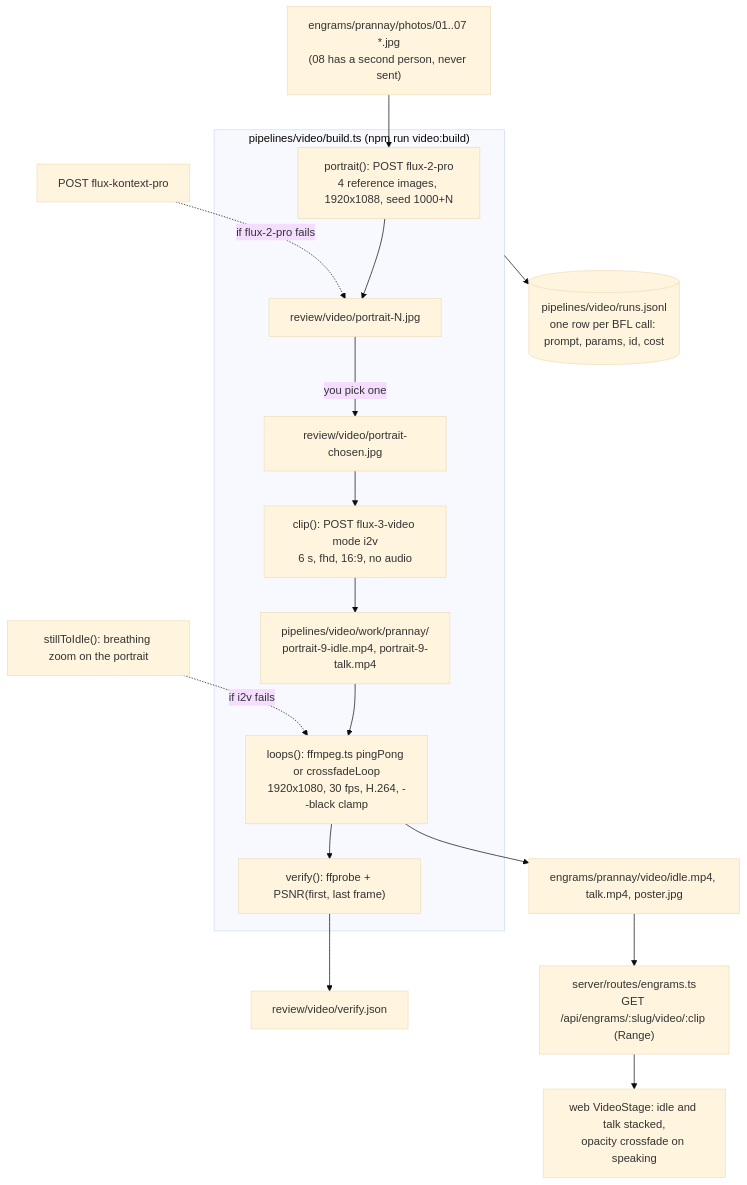
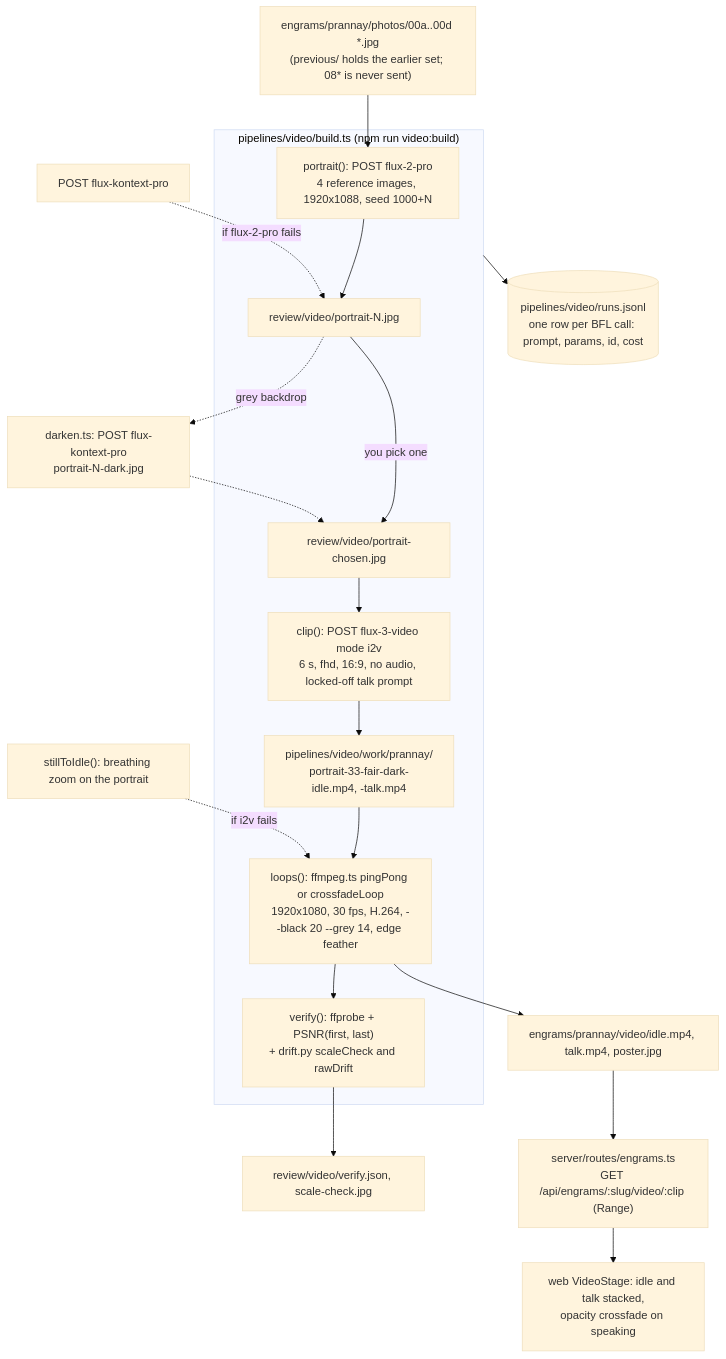
The diagram in engram/docs/video-pipeline.md (Pran-Ker/engram), drawn with Mermaid (base theme) before and after one commit. The commit also changed other lines of this file and 62 other files, not shown here.

````diff
--- a/engram/docs/video-pipeline.md
+++ b/engram/docs/video-pipeline.md
@@ -7,19 +9,20 @@
 ```mermaid
 flowchart TD
-  photos["engrams/prannay/photos/01..07 *.jpg<br/>(08 has a second person, never sent)"] --> portrait
+  photos["engrams/prannay/photos/00a..00d *.jpg<br/>(previous/ holds the earlier set; 08* is never sent)"] --> portrait
   subgraph build["pipelines/video/build.ts  (npm run video:build)"]
     portrait["portrait(): POST flux-2-pro<br/>4 reference images, 1920x1088, seed 1000+N"] --> cands["review/video/portrait-N.jpg"]
     cands -- "you pick one" --> chosen["review/video/portrait-chosen.jpg"]
-    chosen --> clip["clip(): POST flux-3-video mode i2v<br/>6 s, fhd, 16:9, no audio"]
-    clip --> rawc["pipelines/video/work/prannay/<br/>portrait-9-idle.mp4, portrait-9-talk.mp4"]
-    rawc --> loops["loops(): ffmpeg.ts pingPong or crossfadeLoop<br/>1920x1080, 30 fps, H.264, --black clamp"]
-    loops --> verify["verify(): ffprobe + PSNR(first, last frame)"]
+    chosen --> clip["clip(): POST flux-3-video mode i2v<br/>6 s, fhd, 16:9, no audio, locked-off talk prompt"]
+    clip --> rawc["pipelines/video/work/prannay/<br/>portrait-33-fair-dark-idle.mp4, -talk.mp4"]
+    rawc --> loops["loops(): ffmpeg.ts pingPong or crossfadeLoop<br/>1920x1080, 30 fps, H.264, --black 20 --grey 14, edge feather"]
+    loops --> verify["verify(): ffprobe + PSNR(first, last)<br/>+ drift.py scaleCheck and rawDrift"]
   end
+  cands -. "grey backdrop" .-> darken["darken.ts: POST flux-kontext-pro<br/>portrait-N-dark.jpg"] -.-> chosen
   kontext["POST flux-kontext-pro"] -. "if flux-2-pro fails" .-> cands
   still["stillToIdle(): breathing zoom on the portrait"] -. "if i2v fails" .-> loops
   loops --> out["engrams/prannay/video/idle.mp4, talk.mp4, poster.jpg"]
-  verify --> vj["review/video/verify.json"]
+  verify --> vj["review/video/verify.json, scale-check.jpg"]
   build --> runs[("pipelines/video/runs.jsonl<br/>one row per BFL call: prompt, params, id, cost")]
   out --> route["server/routes/engrams.ts<br/>GET /api/engrams/:slug/video/:clip (Range)"]
   route --> stage["web VideoStage: idle and talk stacked,<br/>opacity crossfade on speaking"]
 ```
````
